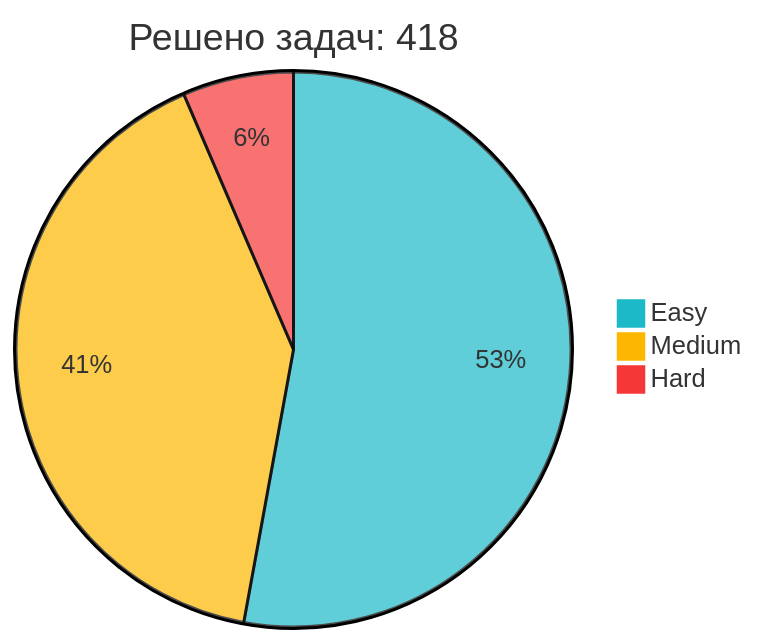
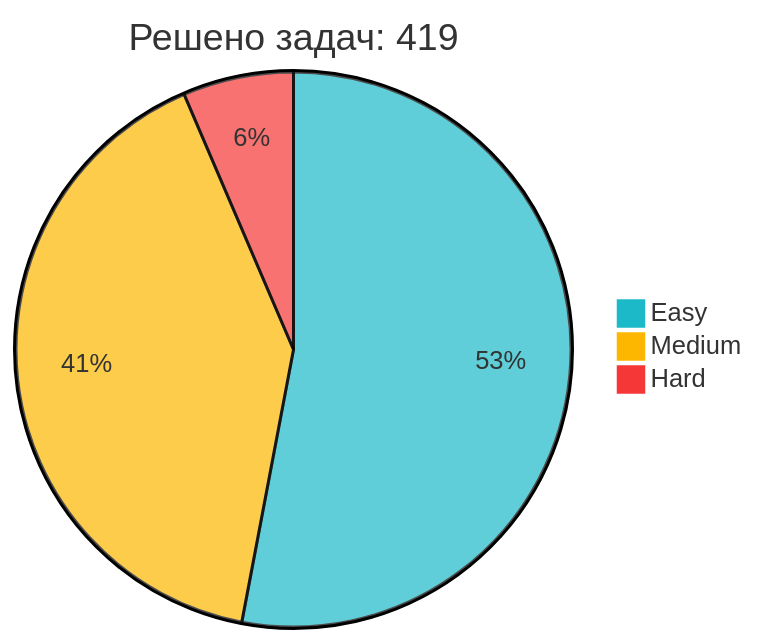
The diagram in README.md (IliaKurdukov/IliaKurdukov), drawn with Mermaid before and after one commit. The commit also changed other lines of this file, not shown here.

Commit message:
📈 Обновление статистики LeetCode

````diff
--- a/README.md
+++ b/README.md
@@ -51,7 +51,7 @@
 ```mermaid
 %%{init: {'theme': 'base', 'themeVariables': { 'pie1': '#1CBAC8', 'pie2': '#FEB700', 'pie3': '#F63737' }, 'config': {'width': 300, 'height': 200}}}%%
-pie title Решено задач: 418
-   "Easy" : 221
+pie title Решено задач: 419
+   "Easy" : 222
    "Medium" : 170
    "Hard" : 27
 ```
````
